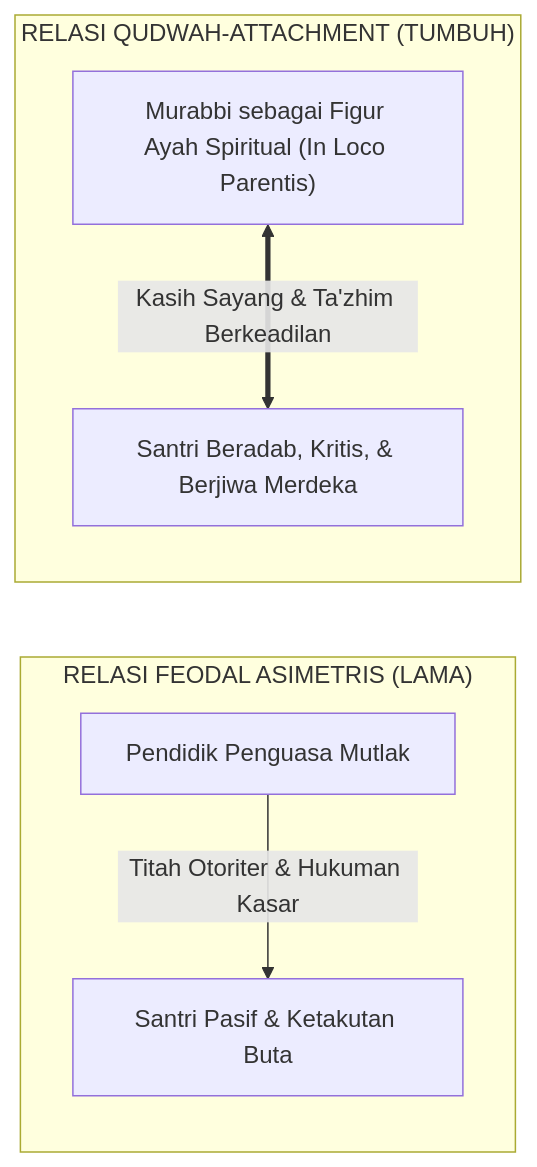
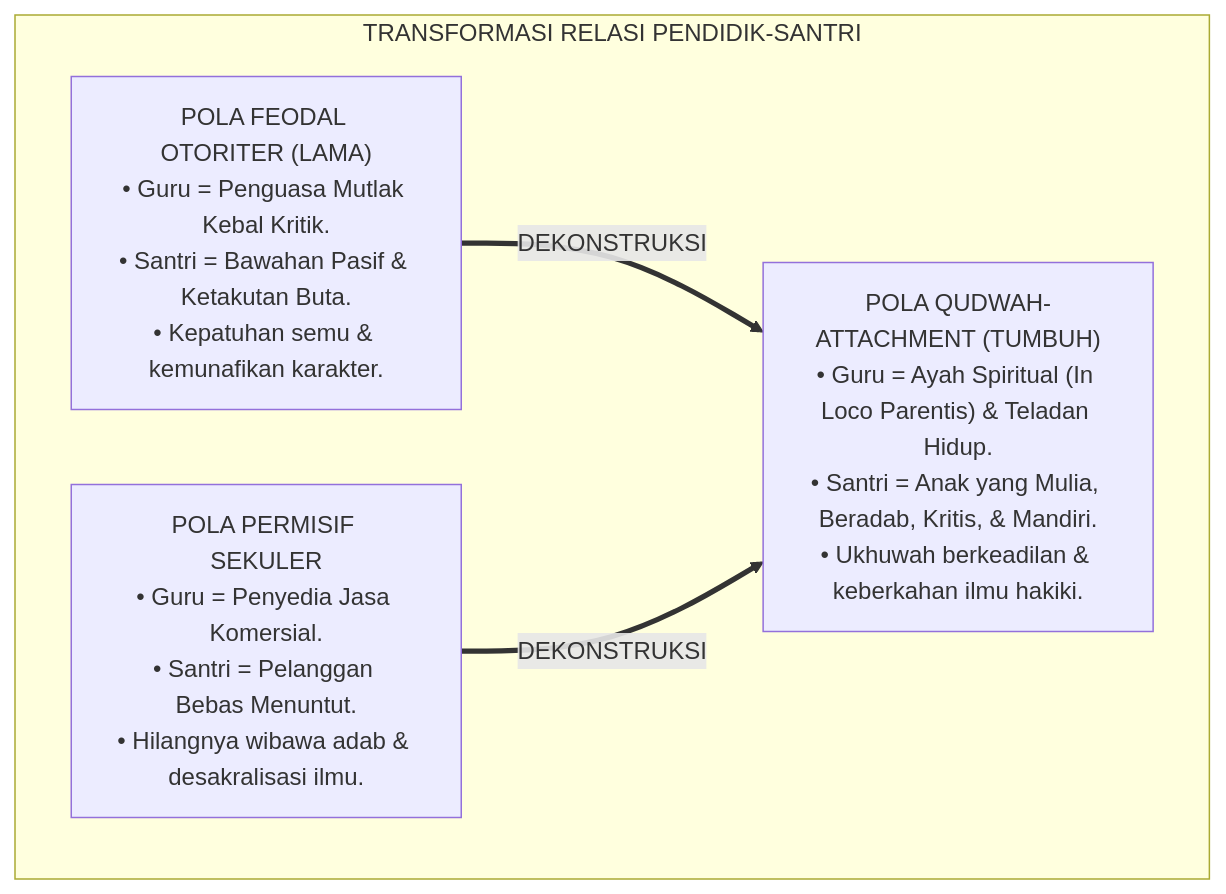
The first of 8 diagrams in 01 Philosophy/04 Education/P1-04-02-Relasi-Murabbi-dan-Santri.md (wandiapriliyandi/tumbuh), drawn with Mermaid before and after one commit. The commit also changed other lines of this file and 31 other files, not shown here.

````diff
--- a/01 Philosophy/04 Education/P1-04-02-Relasi-Murabbi-dan-Santri.md
+++ b/01 Philosophy/04 Education/P1-04-02-Relasi-Murabbi-dan-Santri.md
@@ -28,10 +63,13 @@
 ```mermaid
-graph LR
-    subgraph RelasiFeodal["RELASI FEODAL ASIMETRIS (LAMA)"]
-        GuruFeodal["Pendidik Penguasa Mutlak"] -- Titah Otoriter & Hukuman Kasar --> SantriBudak["Santri Pasif & Ketakutan Buta"]
-    end
-
-    subgraph RelasiQudwah["RELASI QUDWAH-ATTACHMENT (TUMBUH)"]
-        MurabbiQudwah["Murabbi sebagai Figur Ayah Spiritual (In Loco Parentis)"] <== Kasih Sayang & Ta'zhim Berkeadilan ==> SantriBerdaya["Santri Beradab, Kritis, & Berjiwa Merdeka"]
+graph TD
+    subgraph RelasiFeodalVsQudwah["TRANSFORMASI RELASI PENDIDIK-SANTRI"]
+        Feodal["POLA FEODAL OTORITER (LAMA)<br/>• Guru = Penguasa Mutlak Kebal Kritik.<br/>• Santri = Bawahan Pasif & Ketakutan Buta.<br/>• Kepatuhan semu & kemunafikan karakter."]
+        
+        Permisif["POLA PERMISIF SEKULER<br/>• Guru = Penyedia Jasa Komersial.<br/>• Santri = Pelanggan Bebas Menuntut.<br/>• Hilangnya wibawa adab & desakralisasi ilmu."]
+        
+        Qudwah["POLA QUDWAH-ATTACHMENT (TUMBUH)<br/>• Guru = Ayah Spiritual (In Loco Parentis) & Teladan Hidup.<br/>• Santri = Anak yang Mulia, Beradab, Kritis, & Mandiri.<br/>• Ukhuwah berkeadilan & keberkahan ilmu hakiki."]
+        
+        Feodal ==>|DEKONSTRUKSI| Qudwah
+        Permisif ==>|DEKONSTRUKSI| Qudwah
     end
 ```
````
